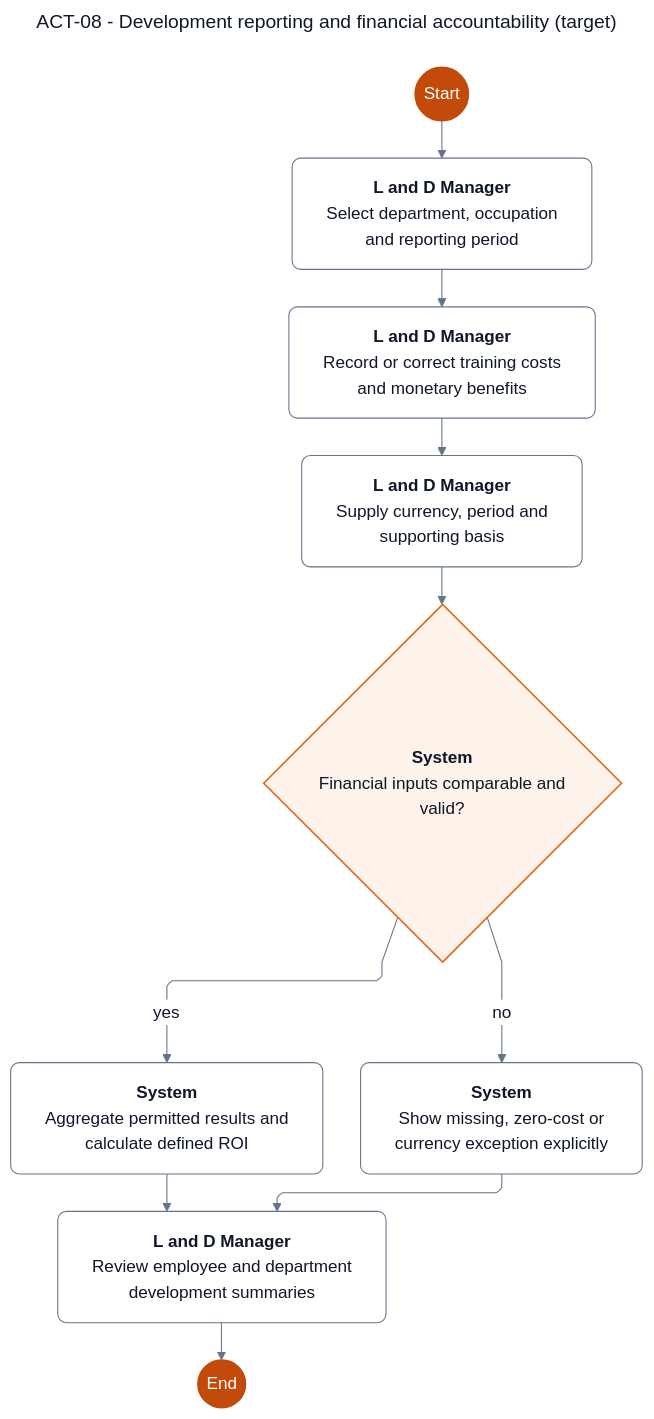
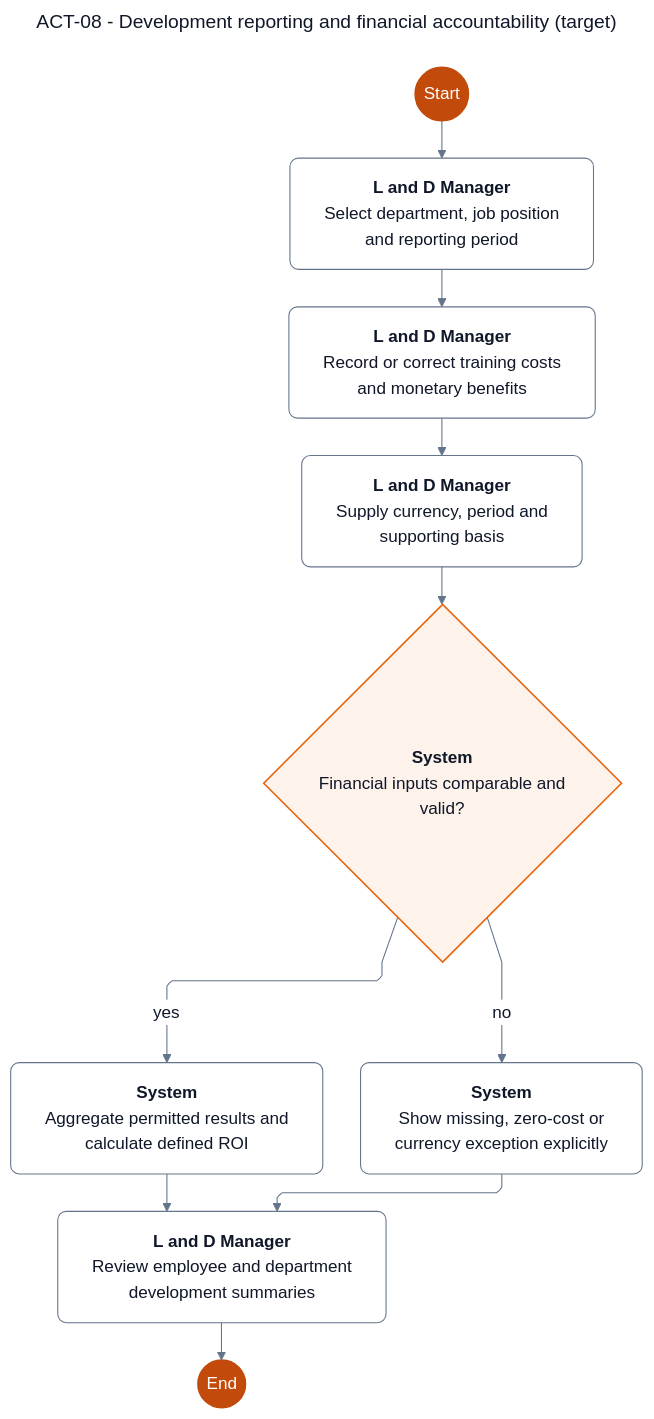
Before and after one commit to SEP490-Fall-2026-GFA26SE64/SEP490: the diagram in documents/diagrams/mermaid/act-08.mmd, drawn with Mermaid. The commit also changed 760 other files, not shown here.

Commit message:
feat: implement department & job position governance, user assignment, and ontology graph styling

```diff
--- a/documents/diagrams/mermaid/act-08.mmd
+++ b/documents/diagrams/mermaid/act-08.mmd
@@ -1,29 +1,29 @@
 ---
 title: "ACT-08 - Development reporting and financial accountability (target)"
 config: {"theme":"base","fontFamily":"Segoe UI, Arial, sans-serif","themeVariables":{"fontFamily":"Segoe UI, Arial, sans-serif","fontSize":"16px","primaryColor":"#ffffff","primaryTextColor":"#0f1729","primaryBorderColor":"#64748b","secondaryColor":"#fef3eb","tertiaryColor":"#ffffff","lineColor":"#64748b","textColor":"#0f1729","mainBkg":"#ffffff","background":"#ffffff","clusterBkg":"#ffffff","clusterBorder":"#64748b","edgeLabelBackground":"#ffffff","titleColor":"#0f1729","noteBkgColor":"#fef3eb","noteTextColor":"#0f1729","noteBorderColor":"#e6650f","secondaryBorderColor":"#64748b","tertiaryBorderColor":"#64748b","secondaryTextColor":"#0f1729","tertiaryTextColor":"#0f1729"},"layout":"elk","elk":{"mergeEdges":false,"nodePlacementStrategy":"NETWORK_SIMPLEX"},"flowchart":{"htmlLabels":true,"nodeSpacing":28,"rankSpacing":56,"curve":"linear","diagramPadding":24,"padding":16,"wrappingWidth":250}}
 ---
 flowchart TD
     SRS_ACT_08_N1(("Start"))
-    SRS_ACT_08_N2["<b>L and D Manager</b><br/>Select department, occupation<br/>and reporting period"]
+    SRS_ACT_08_N2["<b>L and D Manager</b><br/>Select department, job position<br/>and reporting period"]
     SRS_ACT_08_N3["<b>L and D Manager</b><br/>Record or correct training costs<br/>and monetary benefits"]
     SRS_ACT_08_N4["<b>L and D Manager</b><br/>Supply currency, period and<br/>supporting basis"]
     SRS_ACT_08_N8["<b>L and D Manager</b><br/>Review employee and department<br/>development summaries"]
     SRS_ACT_08_N9(("End"))
     SRS_ACT_08_N5{"<b>System</b><br/>Financial inputs comparable and<br/>valid?"}
     SRS_ACT_08_N6["<b>System</b><br/>Aggregate permitted results and<br/>calculate defined ROI"]
     SRS_ACT_08_N7["<b>System</b><br/>Show missing, zero-cost or<br/>currency exception explicitly"]
   SRS_ACT_08_N1 --> SRS_ACT_08_N2
   SRS_ACT_08_N2 --> SRS_ACT_08_N3
   SRS_ACT_08_N3 --> SRS_ACT_08_N4
   SRS_ACT_08_N4 --> SRS_ACT_08_N5
   SRS_ACT_08_N5 -->|"yes"| SRS_ACT_08_N6
   SRS_ACT_08_N5 -->|"no"| SRS_ACT_08_N7
   SRS_ACT_08_N6 --> SRS_ACT_08_N8
   SRS_ACT_08_N7 --> SRS_ACT_08_N8
   SRS_ACT_08_N8 --> SRS_ACT_08_N9
 
   classDef default fill:#ffffff,stroke:#64748b,color:#0f1729,stroke-width:1px,rx:8,ry:8
   classDef decision fill:#fef3eb,stroke:#e6650f,color:#0f1729,stroke-width:1.5px
   class SRS_ACT_08_N5 decision
   classDef entry fill:#c24a0a,stroke:#c24a0a,color:#ffffff,stroke-width:1.5px
   class SRS_ACT_08_N1,SRS_ACT_08_N9 entry
```
